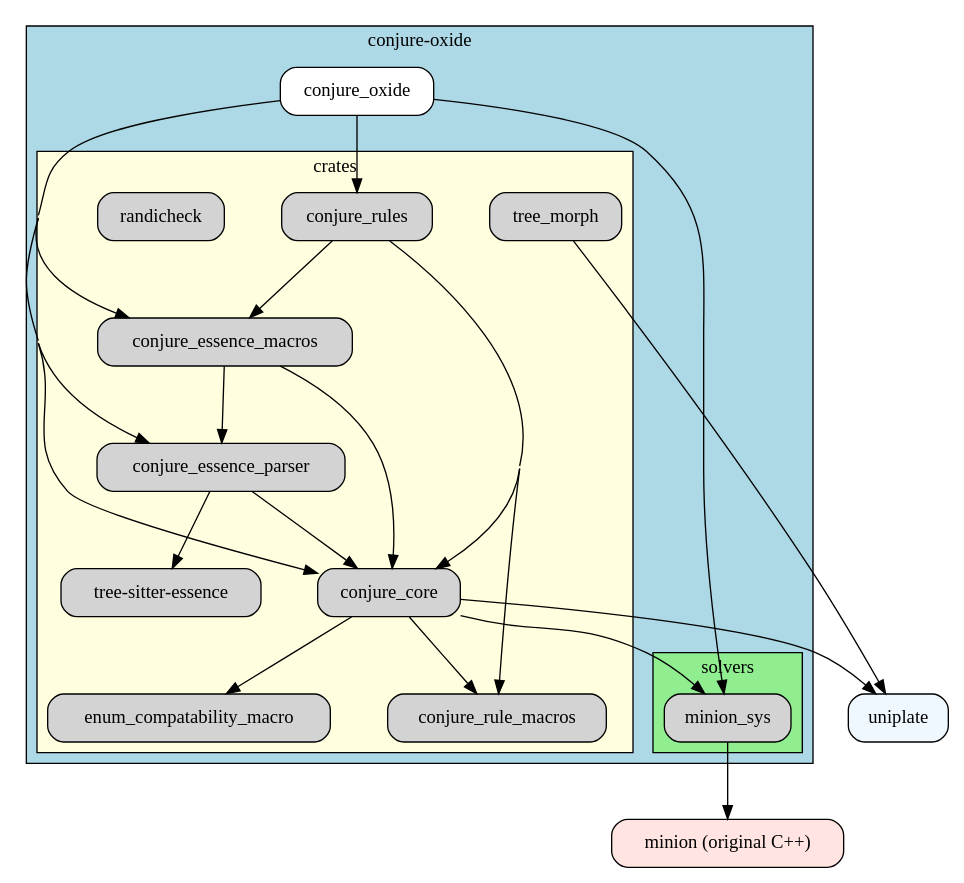
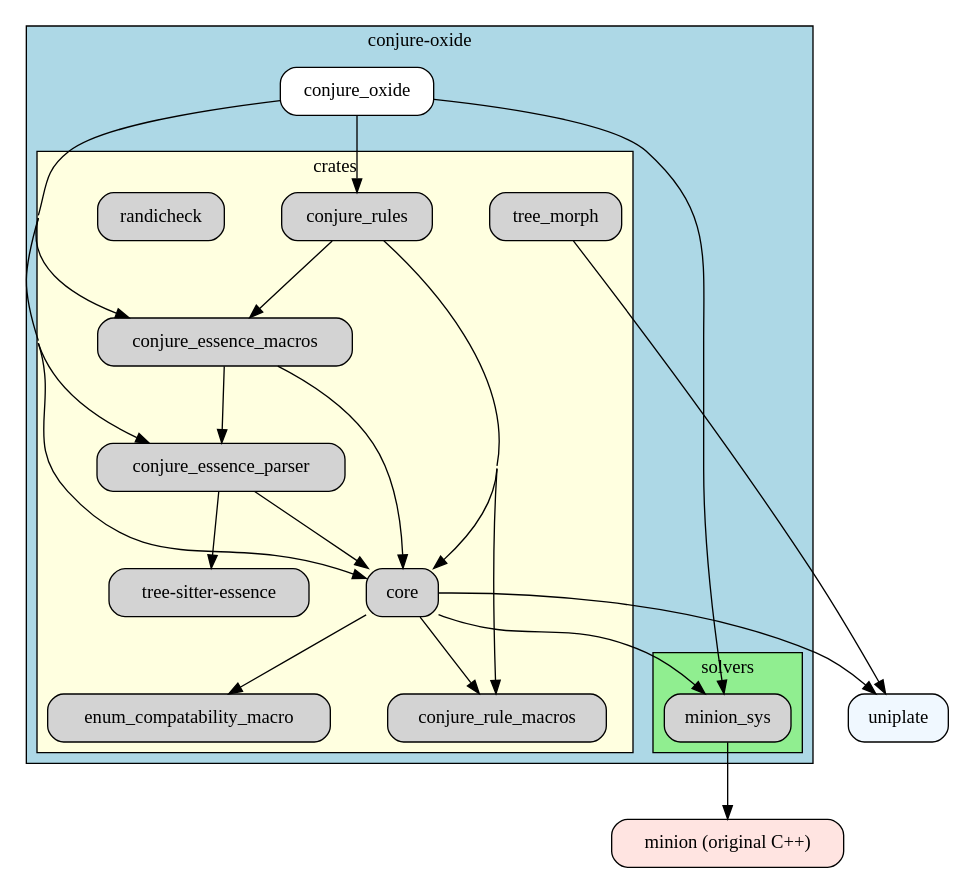
The diagram in docs/src/crate_imports.gv (conjure-cp/conjure-oxide), drawn with Graphviz before and after one commit. The commit also changed 123 other files, not shown here.

First line of the commit message:
refactor!: rename conjure_core to conjure-cp-core

```diff
--- a/docs/src/crate_imports.gv
+++ b/docs/src/crate_imports.gv
@@ -1,75 +1,75 @@
 digraph G {
     overlap = false;
     rankdir = TB; // top to bottom (try also LR - left to right)
     beautify = true;
     concentrate = true;
     splines = true; // try also: polyline, ortho
     nodesep = 0.6;   // node separation
     ranksep = 0.8;   // rank (i.e. nodes on same level of the tree) separation
 
     // Global node attributes
     node [shape=box, style="rounded,filled", fillcolor=lightgrey];
 
     subgraph cluster_0 {
         label = "conjure-oxide";
         style="filled";
         fillcolor="lightblue"; // Color for the main cluster
         cluster = true; // Ensure this is treated as a cluster
 
         conjure_oxide [fillcolor=white]; // Highlight the main node
 
         subgraph cluster_1 {
             label = "crates";
             style="filled";
             fillcolor="lightyellow"; // Color for crates cluster
             cluster = true;
 
-            conjure_core;
+            core;
             conjure_rules;
             conjure_rule_macros;
             conjure_essence_macros;
             conjure_essence_parser;
             "tree-sitter-essence";
             tree_morph;
             randicheck;
             enum_compatability_macro;
         }
 
         subgraph cluster_2 {
             label = "solvers";
             style="filled";
             fillcolor="#90EE90"; // Color for solvers cluster
             cluster = true;
 
             minion_sys;
         }
     }
 
     uniplate [fillcolor=aliceblue];
     "minion (original C++)" [fillcolor=mistyrose];
 
     // Edges
-    conjure_oxide -> conjure_core;
+    conjure_oxide -> core;
     conjure_oxide -> conjure_rules;
     conjure_oxide -> minion_sys;
     conjure_oxide -> conjure_essence_parser;
     conjure_oxide -> conjure_essence_macros;
 
-    conjure_core -> uniplate;
-    conjure_core -> minion_sys;
-    conjure_core -> enum_compatability_macro;
-    conjure_core -> conjure_rule_macros;
+    core -> uniplate;
+    core -> minion_sys;
+    core -> enum_compatability_macro;
+    core -> conjure_rule_macros;
 
-    conjure_essence_macros -> conjure_core;
+    conjure_essence_macros -> core;
     conjure_essence_macros -> conjure_essence_parser;
 
-    conjure_rules -> conjure_core;
+    conjure_rules -> core;
     conjure_rules -> conjure_rule_macros;
     conjure_rules -> conjure_essence_macros;
 
-    conjure_essence_parser -> conjure_core;
+    conjure_essence_parser -> core;
     conjure_essence_parser -> "tree-sitter-essence";
 
     tree_morph -> uniplate;
     minion_sys -> "minion (original C++)";
 }
```
